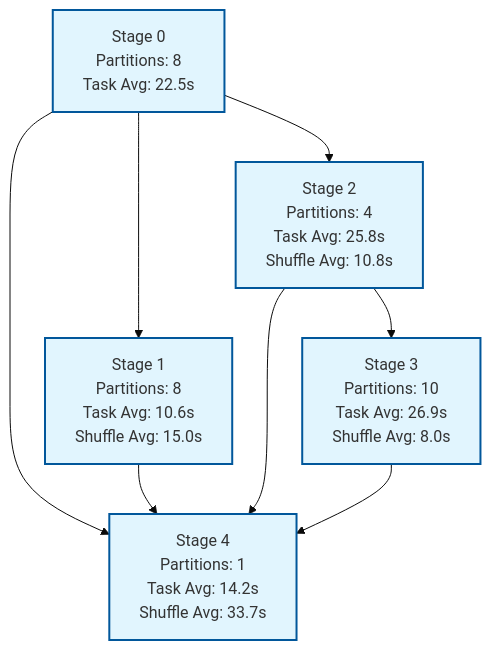
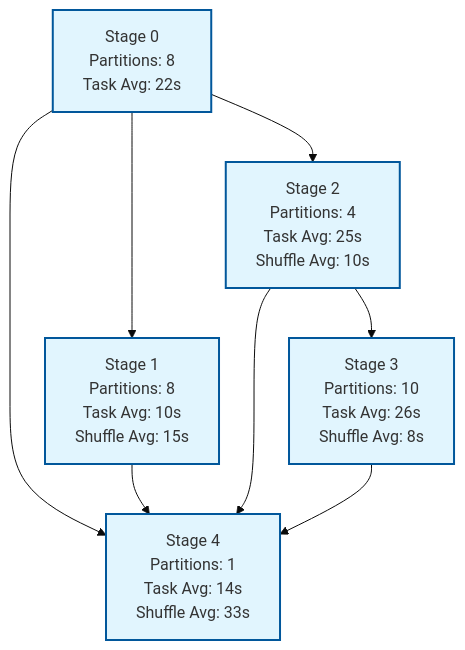
Before and after one commit to fhalde/fauxspark: the diagram in examples/generated/run4/README.md, drawn with Mermaid (base theme). The commit also changed 3 other files, not shown here.

````diff
--- a/examples/generated/run4/README.md
+++ b/examples/generated/run4/README.md
@@ -9,13 +9,13 @@
 ```mermaid
 graph TD
-    Stage0["Stage 0<br/>Partitions: 8<br/>Task Avg: 22.5s"] --> Stage1["Stage 1<br/>Partitions: 8<br/>Task Avg: 10.6s<br/>Shuffle Avg: 15.0s"]
-    Stage0 --> Stage2["Stage 2<br/>Partitions: 4<br/>Task Avg: 25.8s<br/>Shuffle Avg: 10.8s"]
-    Stage2 --> Stage3["Stage 3<br/>Partitions: 10<br/>Task Avg: 26.9s<br/>Shuffle Avg: 8.0s"]
-    Stage0 --> Stage4["Stage 4<br/>Partitions: 1<br/>Task Avg: 14.2s<br/>Shuffle Avg: 33.7s"]
+    Stage0["Stage 0<br/>Partitions: 8<br/>Task Avg: 22s"] --> Stage1["Stage 1<br/>Partitions: 8<br/>Task Avg: 10s<br/>Shuffle Avg: 15s"]
+    Stage0 --> Stage2["Stage 2<br/>Partitions: 4<br/>Task Avg: 25s<br/>Shuffle Avg: 10s"]
+    Stage2 --> Stage3["Stage 3<br/>Partitions: 10<br/>Task Avg: 26s<br/>Shuffle Avg: 8s"]
+    Stage0 --> Stage4["Stage 4<br/>Partitions: 1<br/>Task Avg: 14s<br/>Shuffle Avg: 33s"]
     Stage1 --> Stage4
     Stage2 --> Stage4
     Stage3 --> Stage4
 
     classDef stageBox fill:#e1f5fe,stroke:#01579b,stroke-width:2px
     class Stage0,Stage1,Stage2,Stage3,Stage4 stageBox
 ```
````
